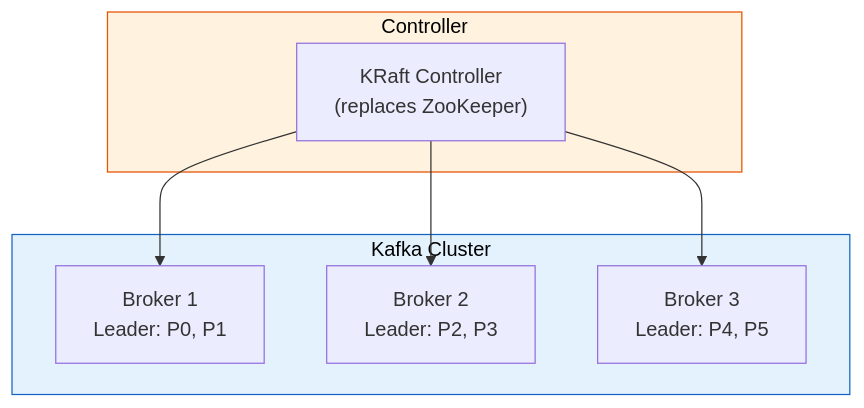
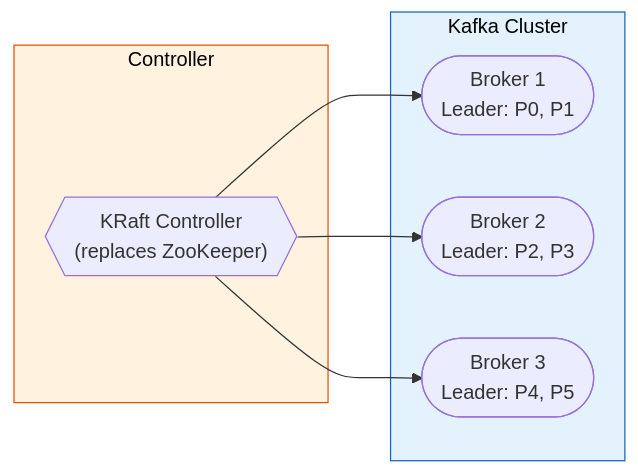
Before and after one commit to saivamsikaruturi/vamsilabs-dev-notes-main: the third of 15 diagrams in docs/kafka-messaging/kafka.md, drawn with Mermaid. The commit also changed other lines of this file and 146 other files, not shown here.

Commit message:
Horizontal diagrams, UML class diagrams, typography overhaul, and permalink cleanup

````diff
--- a/docs/kafka-messaging/kafka.md
+++ b/docs/kafka-messaging/kafka.md
@@ -90,19 +90,19 @@
 ```mermaid
-flowchart TD
+flowchart LR
     subgraph Cluster["Kafka Cluster"]
-        B1["Broker 1<br/>Leader: P0, P1"]
-        B2["Broker 2<br/>Leader: P2, P3"]
-        B3["Broker 3<br/>Leader: P4, P5"]
+        B1(["Broker 1<br/>Leader: P0, P1"])
+        B2(["Broker 2<br/>Leader: P2, P3"])
+        B3(["Broker 3<br/>Leader: P4, P5"])
     end
 
     subgraph ZK["Controller"]
-        C["KRaft Controller<br/>(replaces ZooKeeper)"]
+        C{{"KRaft Controller<br/>(replaces ZooKeeper)"}}
     end
 
     C --> B1
     C --> B2
     C --> B3
 
     style Cluster fill:#E3F2FD,stroke:#1565C0,color:#000
     style ZK fill:#FFF3E0,stroke:#E65100,color:#000
 ```
````
